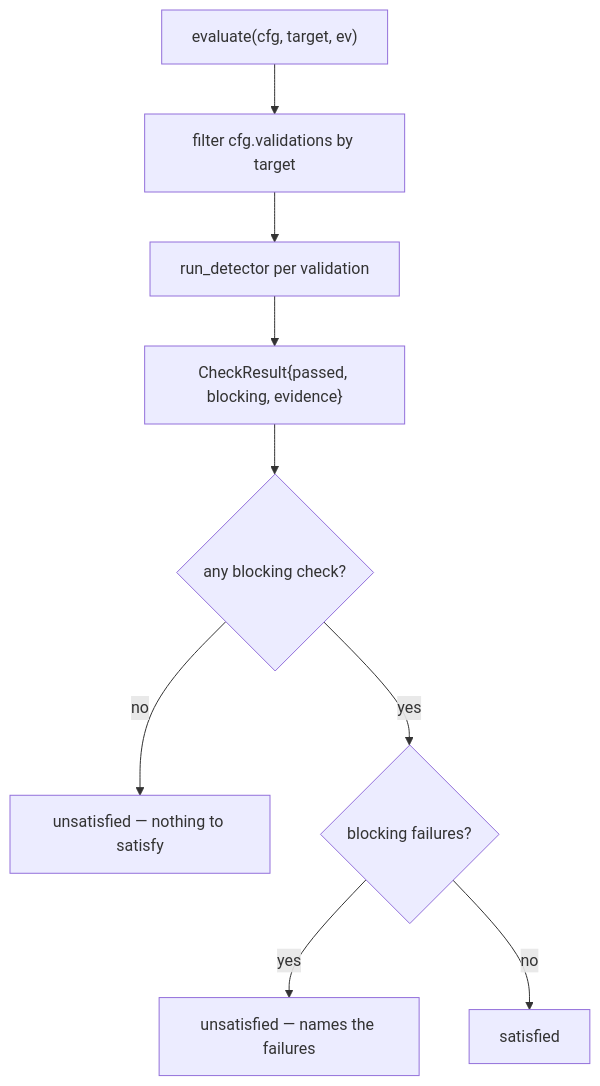
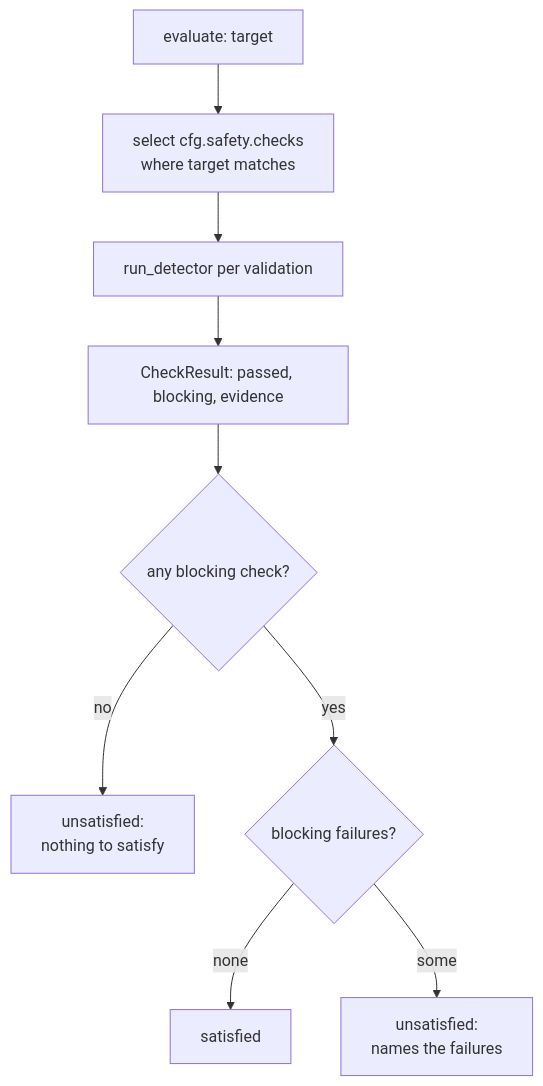
The first of 2 diagrams in wiki/gating-success-criteria.md (bitphill/loopsmith), drawn with Mermaid before and after one commit. The commit also changed other lines of this file and 30 other files, not shown here.

````diff
--- a/wiki/gating-success-criteria.md
+++ b/wiki/gating-success-criteria.md
@@ -29,11 +45,11 @@
 ```mermaid
 flowchart TD
-    E["evaluate(cfg, target, ev)"] --> F["filter cfg.validations by target"]
-    F --> D["run_detector per validation"]
-    D --> C["CheckResult{passed, blocking, evidence}"]
-    C --> Q{"any blocking check?"}
-    Q -->|no| U["unsatisfied — nothing to satisfy"]
-    Q -->|yes| B{"blocking failures?"}
-    B -->|yes| U2["unsatisfied — names the failures"]
-    B -->|no| S["satisfied"]
+    E[evaluate: target] --> S[select cfg.safety.checks<br/>where target matches]
+    S --> D[run_detector per validation]
+    D --> C[CheckResult: passed, blocking, evidence]
+    C --> Q{any blocking check?}
+    Q -->|no| U1[unsatisfied:<br/>nothing to satisfy]
+    Q -->|yes| B{blocking failures?}
+    B -->|none| SAT[satisfied]
+    B -->|some| U2[unsatisfied:<br/>names the failures]
 ```
````
